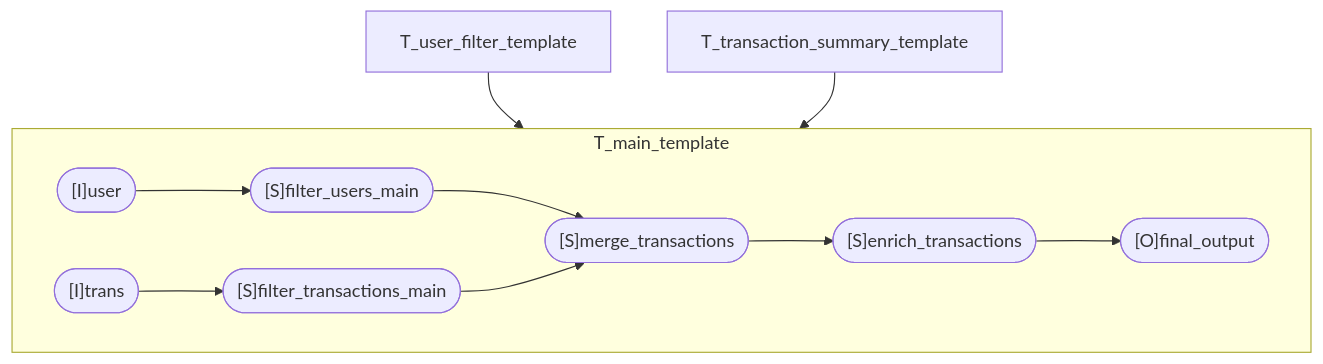
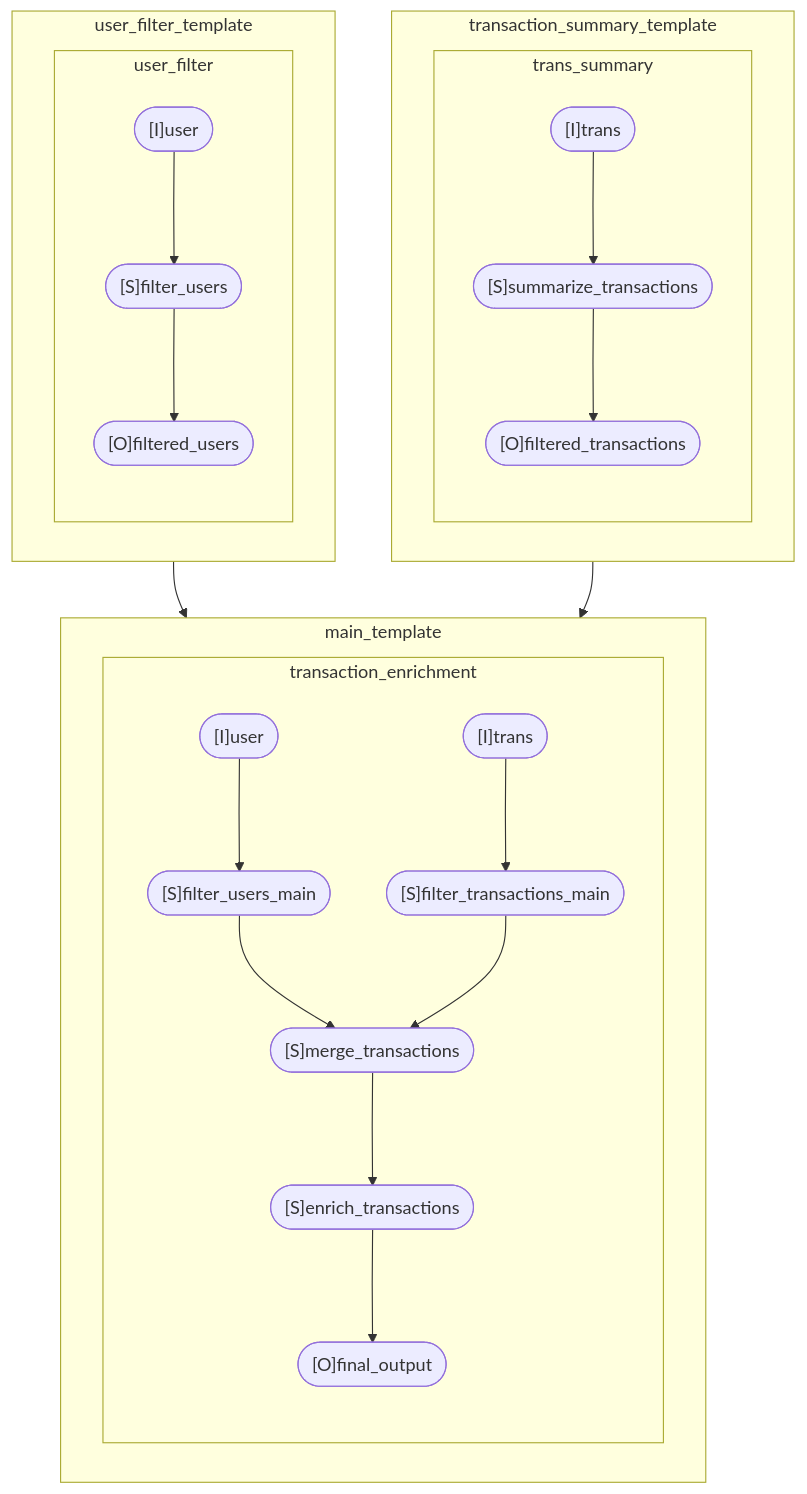
Before and after one commit to project-ro/rotab: the diagram in README.md, drawn with Mermaid.

Commit message:
Readme fixed

````diff
--- a/README.md
+++ b/README.md
@@ -187,22 +187,48 @@
 ```mermaid
 graph TB
+%% Nodes
+%% Template: user_filter_template
+subgraph T_user_filter_template ["user_filter_template"]
+  %% Process: user_filter
+  subgraph P_user_filter ["user_filter"]
+    I_user_filter_template__user(["[I]user"])
+    S_user_filter_template__filter_users(["[S]filter_users"])
+    O_user_filter_template__filtered_users(["[O]filtered_users"])
+    I_user_filter_template__user --> S_user_filter_template__filter_users
+    S_user_filter_template__filter_users --> O_user_filter_template__filtered_users
+  end
+end
+%% Template: transaction_summary_template
+subgraph T_transaction_summary_template ["transaction_summary_template"]
+  %% Process: trans_summary
+  subgraph P_trans_summary ["trans_summary"]
+    I_transaction_summary_template__trans(["[I]trans"])
+    S_transaction_summary_template__summarize_transactions(["[S]summarize_transactions"])
+    O_transaction_summary_template__filtered_transactions(["[O]filtered_transactions"])
+    I_transaction_summary_template__trans --> S_transaction_summary_template__summarize_transactions
+    S_transaction_summary_template__summarize_transactions --> O_transaction_summary_template__filtered_transactions
+  end
+end
+%% Template: main_template
+subgraph T_main_template ["main_template"]
+  %% Process: transaction_enrichment
+  subgraph P_transaction_enrichment ["transaction_enrichment"]
+    I_main_template__user(["[I]user"])
+    I_main_template__trans(["[I]trans"])
+    S_main_template__filter_users_main(["[S]filter_users_main"])
+    S_main_template__filter_transactions_main(["[S]filter_transactions_main"])
+    S_main_template__merge_transactions(["[S]merge_transactions"])
+    S_main_template__enrich_transactions(["[S]enrich_transactions"])
+    O_main_template__final_output(["[O]final_output"])
+    I_main_template__user --> S_main_template__filter_users_main
+    I_main_template__trans --> S_main_template__filter_transactions_main
+    S_main_template__filter_users_main --> S_main_template__merge_transactions
+    S_main_template__filter_transactions_main --> S_main_template__merge_transactions
+    S_main_template__merge_transactions --> S_main_template__enrich_transactions
+    S_main_template__enrich_transactions --> O_main_template__final_output
+  end
+end
+%% Template Dependencies
 T_user_filter_template --> T_main_template
 T_transaction_summary_template --> T_main_template
-
-subgraph T_main_template
-  I_user(["[I]user"])
-  I_trans(["[I]trans"])
-  S_filter_users(["[S]filter_users_main"])
-  S_filter_trans(["[S]filter_transactions_main"])
-  S_merge(["[S]merge_transactions"])
-  S_enrich(["[S]enrich_transactions"])
-  O_final(["[O]final_output"])
-
-  I_user --> S_filter_users
-  I_trans --> S_filter_trans
-  S_filter_users --> S_merge
-  S_filter_trans --> S_merge
-  S_merge --> S_enrich
-  S_enrich --> O_final
-end
 ```
````
